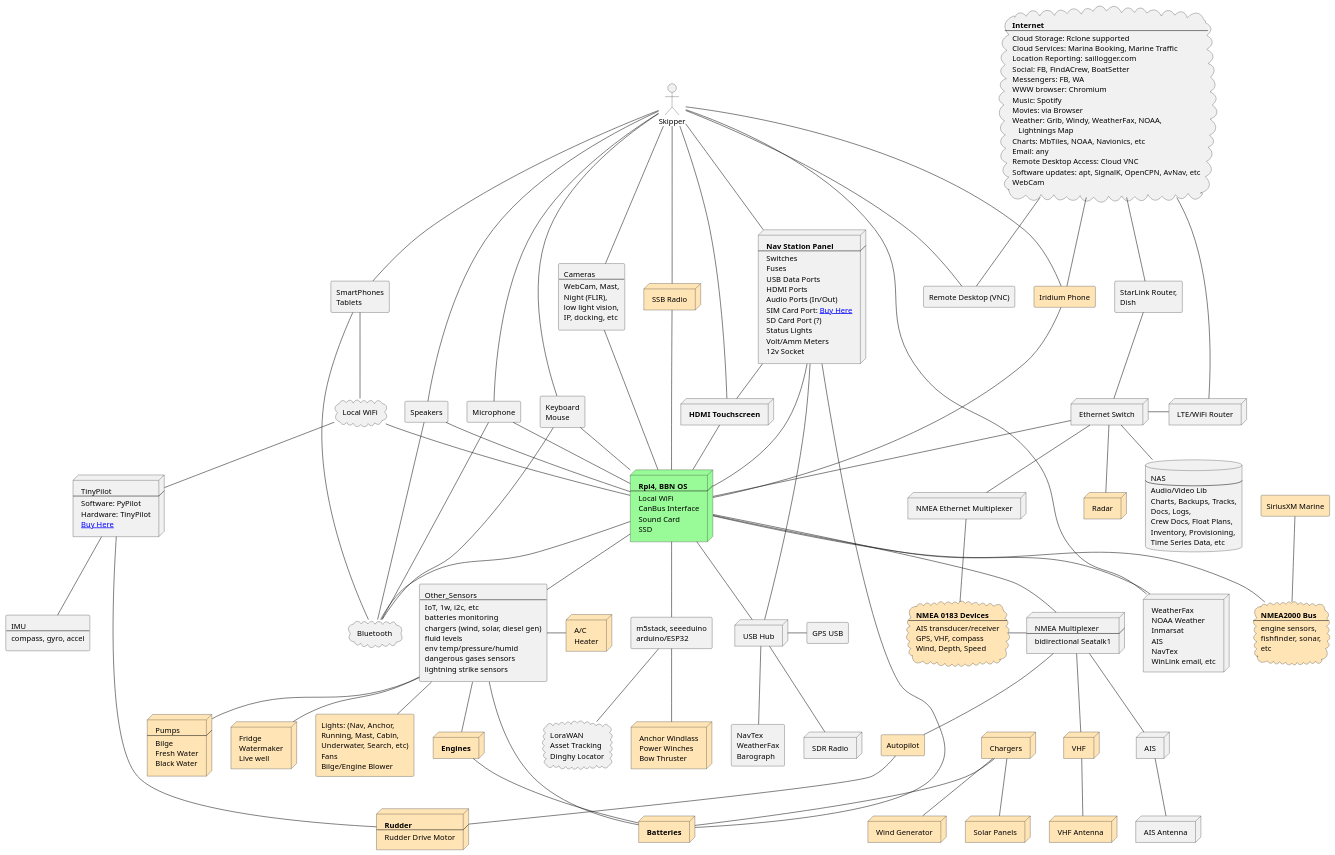
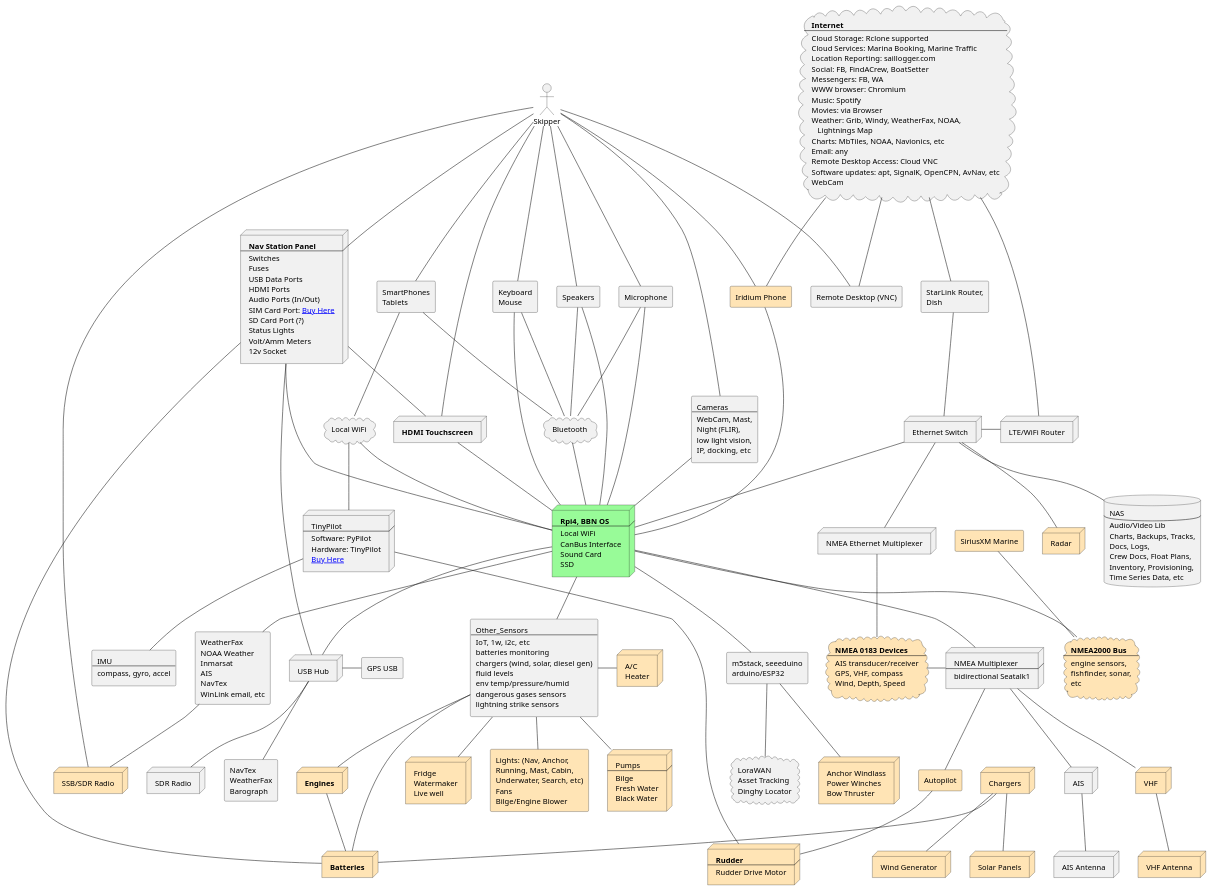
The diagram in docs/plantuml/system-arch.puml (bareboat-necessities/my-bareboat), drawn with PlantUML before and after one commit. The commit also changed 1 other file, not shown here.

```diff
--- a/docs/plantuml/system-arch.puml
+++ b/docs/plantuml/system-arch.puml
@@ -147,7 +147,7 @@
 ]
 
 node SSB #moccasin [
- SSB Radio
+ SSB/SDR Radio
 ]
 
 cloud WiFi_Local [
@@ -277,7 +277,7 @@
  arduino/ESP32
 ]
 
-node Radio_Data [
+rectangle Radio_Data [
  WeatherFax
  NOAA Weather
  Inmarsat
@@ -308,7 +308,6 @@
 RPI -u- Cameras
 RPI -u- Speakers
 RPI -u- Mic
-RPI -u- SSB
 RPI -u- Iridium
 RPI -- Other_Sensors
 RPI -d- Esp32
@@ -317,13 +316,13 @@
 RPI -l- Panel
 
 Radio_Data -u- RPI
-Radio_Data -u- Skipper
+Radio_Data -- SSB
 
 Bluetooth -u- Speakers
 Bluetooth -u- Keyboard_Mouse
 Bluetooth -u- Mic
 Bluetooth -u- SmartPhone
-Bluetooth -u- RPI
+Bluetooth -r- RPI
 
 Panel -- Touchscreen
 Panel -- USB_Hub
```
